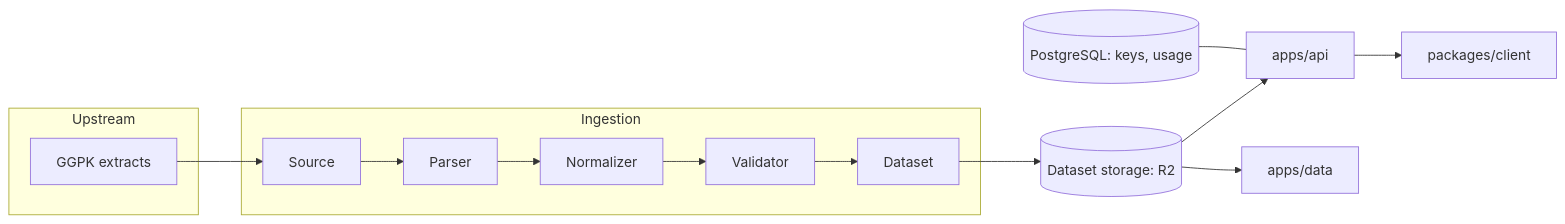
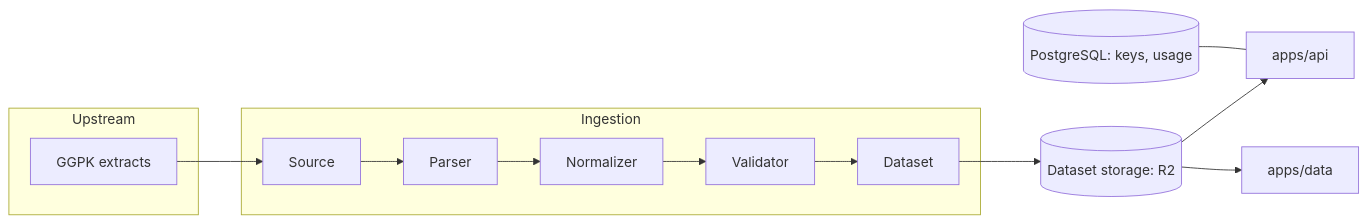
The diagram in README.md (juddisjudd/exiledata), drawn with Mermaid before and after one commit. The commit also changed other lines of this file and 99 other files, not shown here.

````diff
--- a/README.md
+++ b/README.md
@@ -26,15 +32,14 @@
 ```mermaid
 flowchart LR
     subgraph Upstream
         Extract[GGPK extracts]
     end
     subgraph Ingestion
         Source --> Parser --> Normalizer --> Validator --> Dataset
     end
     Extract --> Source
     Dataset --> Storage[(Dataset storage: R2)]
     Storage --> API[apps/api]
     Storage --> Downloads[apps/data]
-    API --> SDK[packages/client]
     Postgres[(PostgreSQL: keys, usage)] --- API
 ```
````
